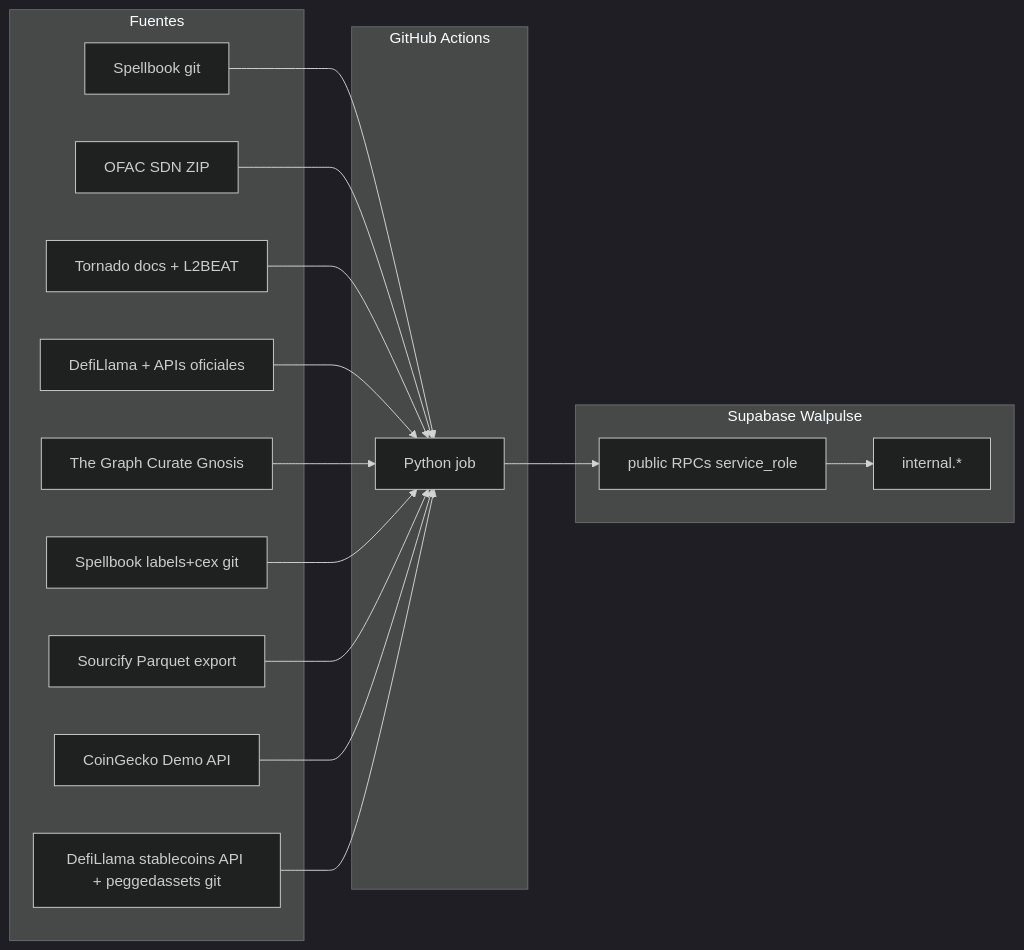
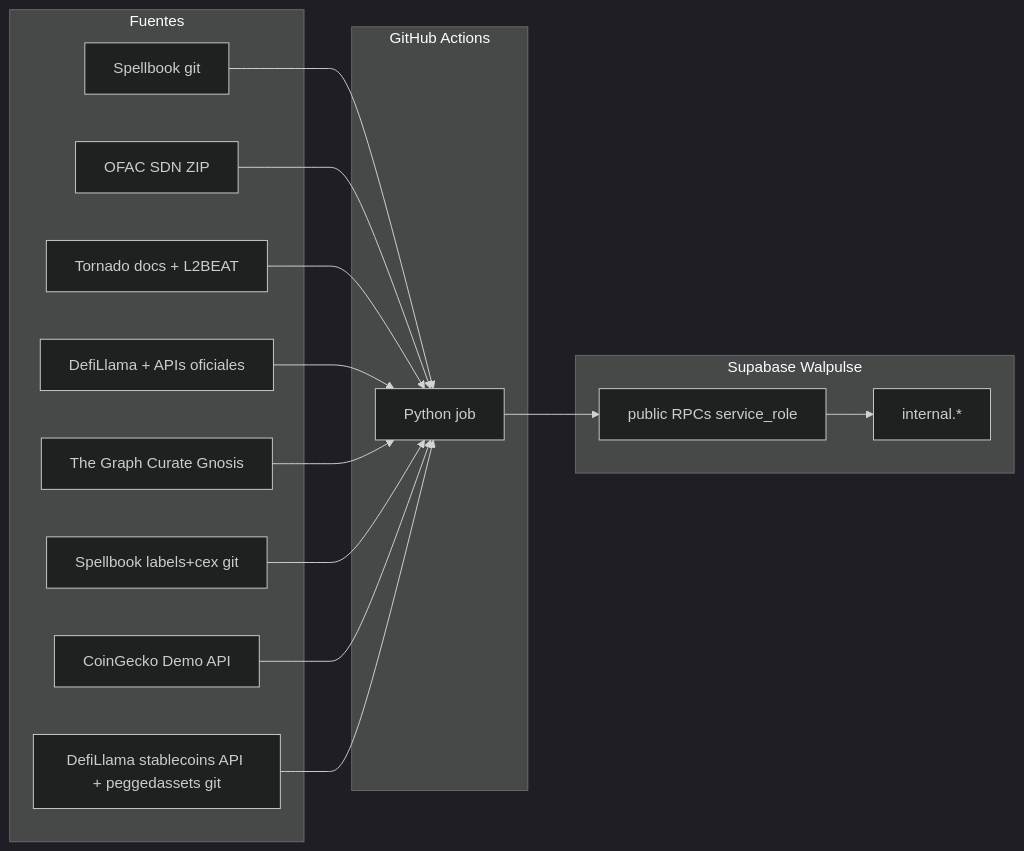
One commit to walpulse/workers changed the diagram in docs/ARCHITECTURE.md. Above: the diagram before and after it, drawn with Mermaid (dark theme). The commit also changed other lines of this file and 12 other files, not shown here.

First line of the commit message:
Remove retired Sourcify Parquet worker and workflow.

````diff
--- a/docs/ARCHITECTURE.md
+++ b/docs/ARCHITECTURE.md
@@ -7,31 +7,29 @@
 ```mermaid
 flowchart LR
   subgraph sources [Fuentes]
     SB[Spellbook git]
     OFAC[OFAC SDN ZIP]
     MIX[Tornado docs + L2BEAT]
     BR[DefiLlama + APIs oficiales]
     KS[The Graph Curate Gnosis]
     SL[Spellbook labels+cex git]
-    SF[Sourcify Parquet export]
     CG[CoinGecko Demo API]
     DL[DefiLlama stablecoins API + peggedassets git]
   end
   subgraph gha [GitHub Actions]
     W[Python job]
   end
   subgraph supa [Supabase Walpulse]
     RPC[public RPCs service_role]
     INT[internal.*]
   end
   SB --> W
   OFAC --> W
   MIX --> W
   BR --> W
   KS --> W
   SL --> W
-  SF --> W
   CG --> W
   DL --> W
   W --> RPC --> INT
 ```
````
